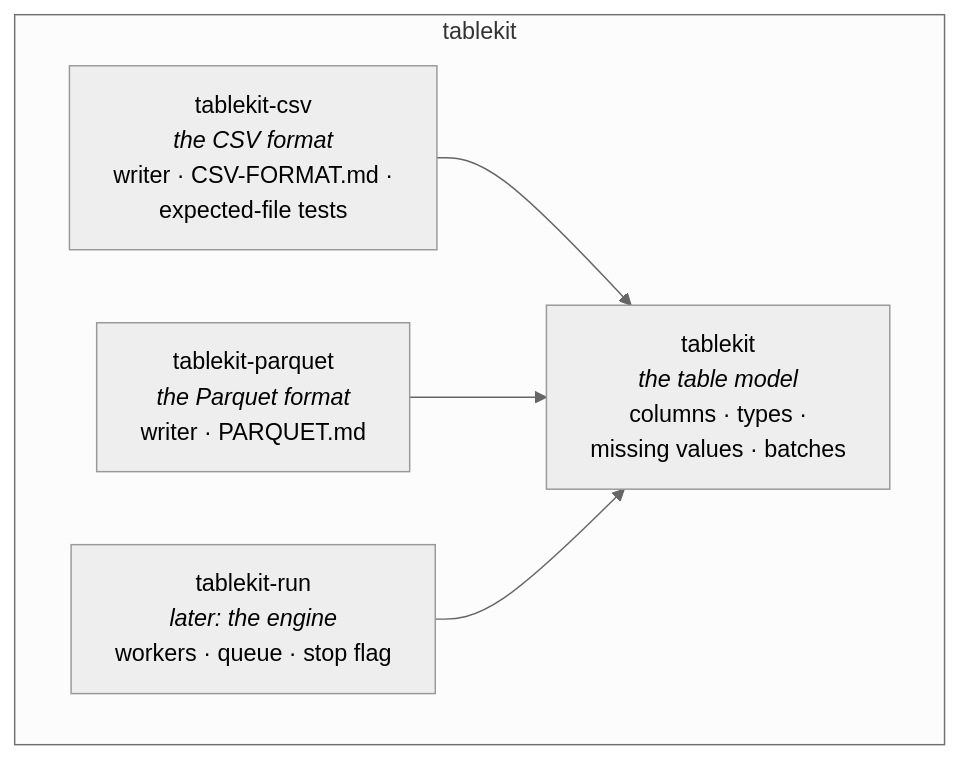
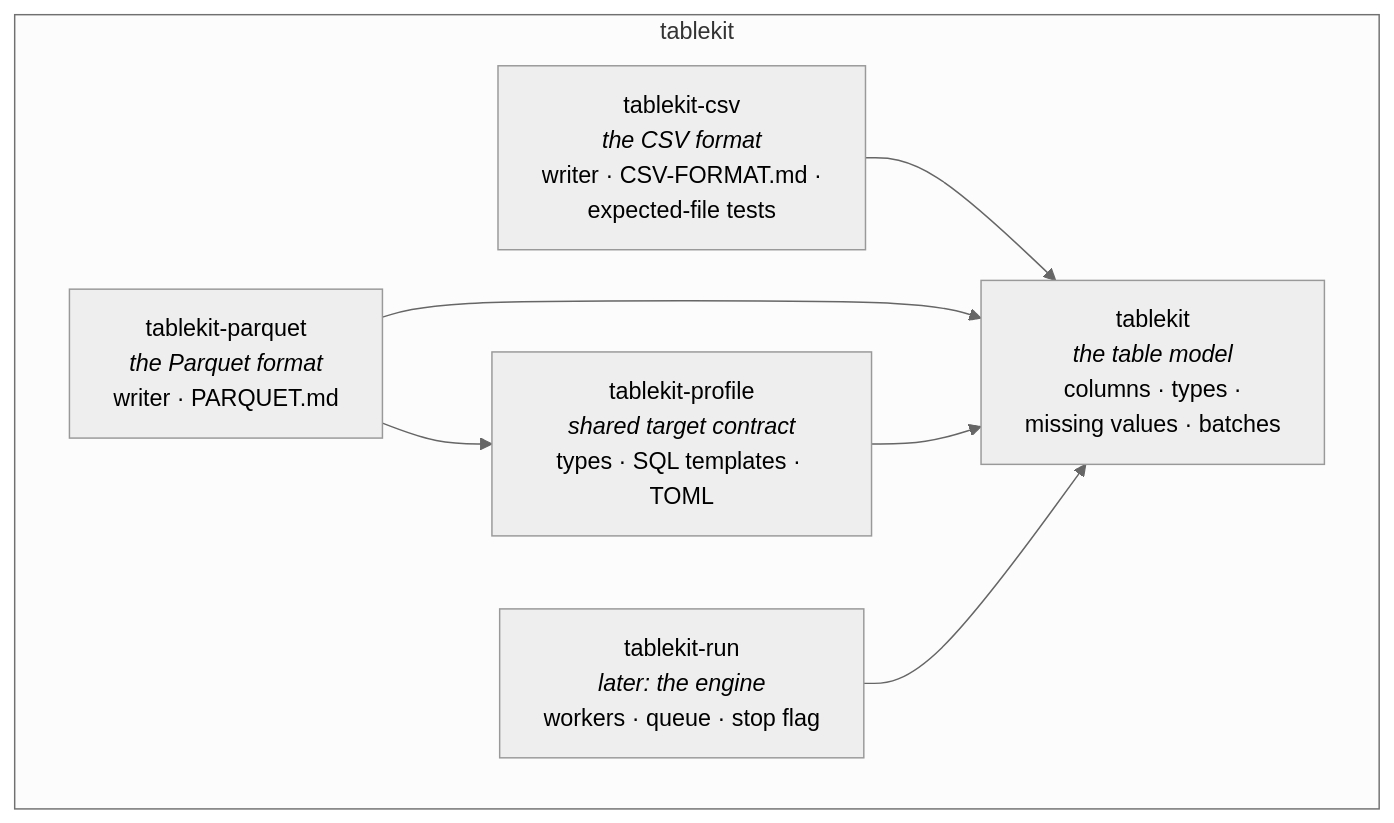
One commit to joey-huckabee/tablekit changed the second of 5 diagrams in docs/ARCHITECTURE.md. Above: the diagram before and after it, drawn with Mermaid (neutral theme). The commit also changed other lines of this file and 3 other files, not shown here.

````diff
--- a/docs/ARCHITECTURE.md
+++ b/docs/ARCHITECTURE.md
@@ -65,13 +70,16 @@
 ```mermaid
 flowchart LR
   subgraph tablekit
     direction LR
     M["tablekit<br/><i>the table model</i><br/>columns · types ·<br/>missing values · batches"]
     C["tablekit-csv<br/><i>the CSV format</i><br/>writer · CSV-FORMAT.md ·<br/>expected-file tests"]
     P["tablekit-parquet<br/><i>the Parquet format</i><br/>writer · PARQUET.md"]
+    F["tablekit-profile<br/><i>shared target contract</i><br/>types · SQL templates · TOML"]
     E["tablekit-run<br/><i>later: the engine</i><br/>workers · queue · stop flag"]
     C --> M
     P --> M
+    P --> F
+    F --> M
     E --> M
   end
 ```
````
